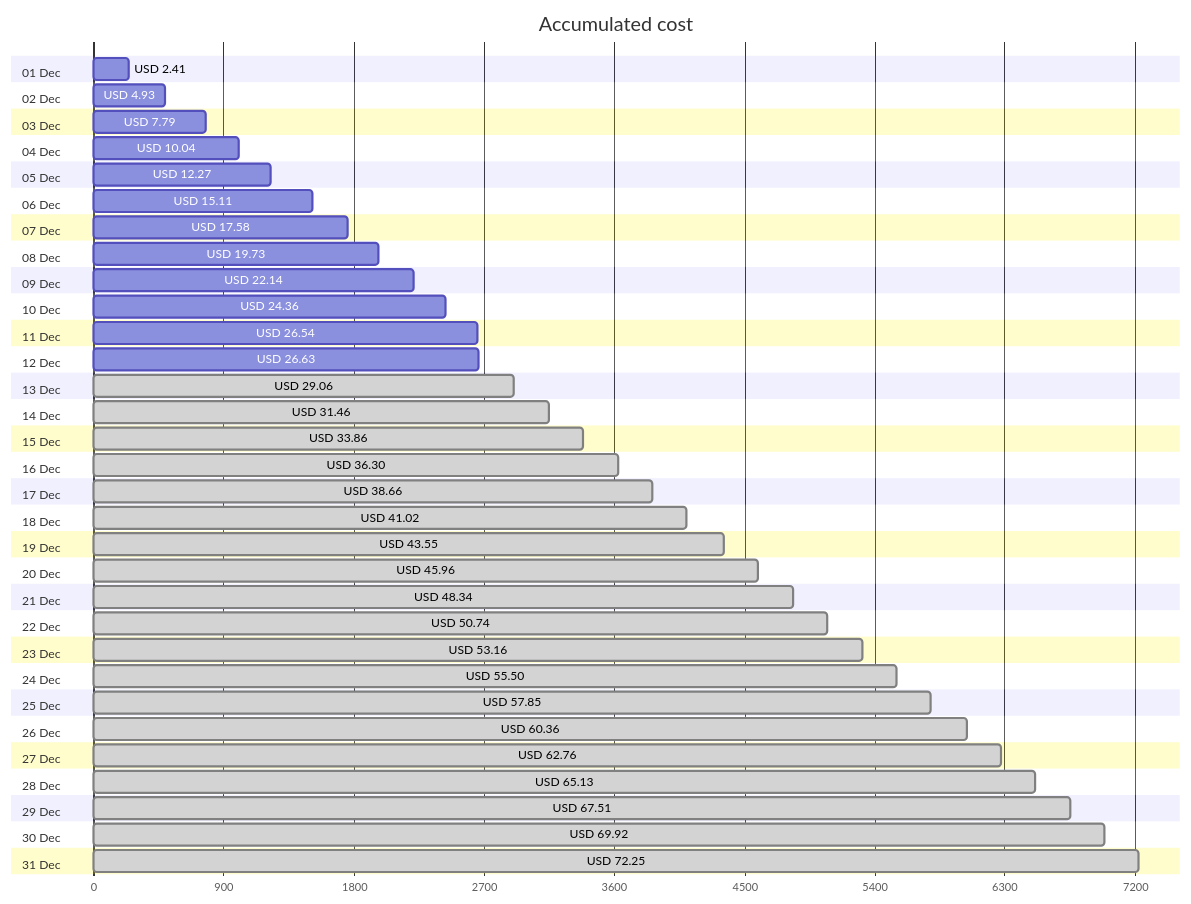
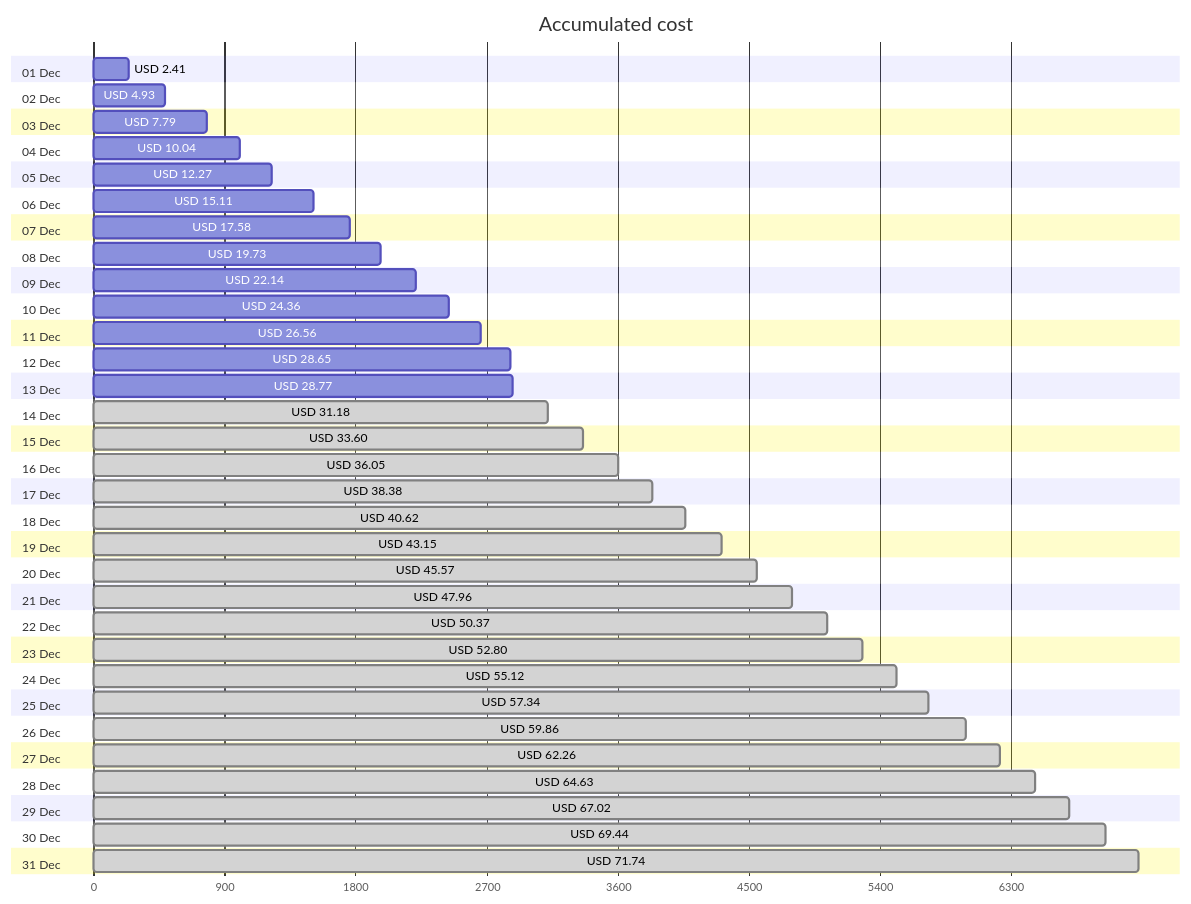
The first of 4 diagrams in cost-reports/accumulated-cost.md (jpfulton/azure-personal-reports), drawn with Mermaid before and after one commit. The commit also changed other lines of this file and 4 other files, not shown here.

````diff
--- a/cost-reports/accumulated-cost.md
+++ b/cost-reports/accumulated-cost.md
@@ -20,68 +20,68 @@
 ```mermaid
 gantt
    title Accumulated cost
    dateFormat  X
    axisFormat %s
    section 01 Dec
    USD 2.41 :0, 241
    section 02 Dec
    USD 4.93 :0, 493
    section 03 Dec
    USD 7.79 :0, 779
    section 04 Dec
    USD 10.04 :0, 1004
    section 05 Dec
    USD 12.27 :0, 1227
    section 06 Dec
    USD 15.11 :0, 1511
    section 07 Dec
    USD 17.58 :0, 1758
    section 08 Dec
    USD 19.73 :0, 1973
    section 09 Dec
    USD 22.14 :0, 2214
    section 10 Dec
    USD 24.36 :0, 2436
    section 11 Dec
-   USD 26.54 :0, 2654
+   USD 26.56 :0, 2656
    section 12 Dec
-   USD 26.63 :0, 2663
+   USD 28.65 :0, 2865
    section 13 Dec
-   USD 29.06 : done, 0, 2906
+   USD 28.77 :0, 2877
    section 14 Dec
-   USD 31.46 : done, 0, 3146
+   USD 31.18 : done, 0, 3118
    section 15 Dec
-   USD 33.86 : done, 0, 3386
+   USD 33.60 : done, 0, 3360
    section 16 Dec
-   USD 36.30 : done, 0, 3630
+   USD 36.05 : done, 0, 3605
    section 17 Dec
-   USD 38.66 : done, 0, 3866
+   USD 38.38 : done, 0, 3838
    section 18 Dec
-   USD 41.02 : done, 0, 4102
+   USD 40.62 : done, 0, 4062
    section 19 Dec
-   USD 43.55 : done, 0, 4355
+   USD 43.15 : done, 0, 4315
    section 20 Dec
-   USD 45.96 : done, 0, 4596
+   USD 45.57 : done, 0, 4557
    section 21 Dec
-   USD 48.34 : done, 0, 4834
+   USD 47.96 : done, 0, 4796
    section 22 Dec
-   USD 50.74 : done, 0, 5074
+   USD 50.37 : done, 0, 5037
    section 23 Dec
-   USD 53.16 : done, 0, 5316
+   USD 52.80 : done, 0, 5280
    section 24 Dec
-   USD 55.50 : done, 0, 5550
+   USD 55.12 : done, 0, 5512
    section 25 Dec
-   USD 57.85 : done, 0, 5785
+   USD 57.34 : done, 0, 5734
    section 26 Dec
-   USD 60.36 : done, 0, 6036
+   USD 59.86 : done, 0, 5986
    section 27 Dec
-   USD 62.76 : done, 0, 6276
+   USD 62.26 : done, 0, 6226
    section 28 Dec
-   USD 65.13 : done, 0, 6513
+   USD 64.63 : done, 0, 6463
    section 29 Dec
-   USD 67.51 : done, 0, 6751
+   USD 67.02 : done, 0, 6702
    section 30 Dec
-   USD 69.92 : done, 0, 6992
+   USD 69.44 : done, 0, 6944
    section 31 Dec
-   USD 72.25 : done, 0, 7225
+   USD 71.74 : done, 0, 7174
 ```
````
